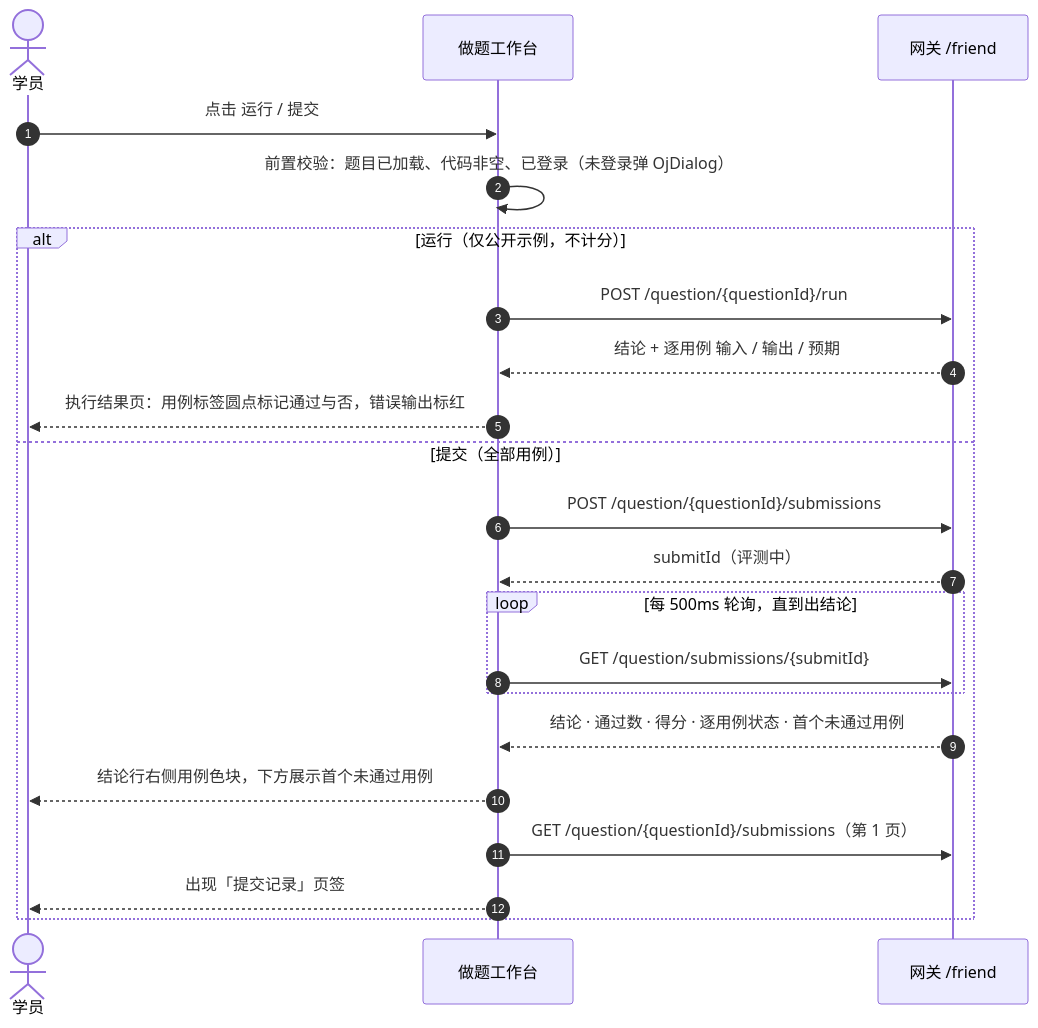
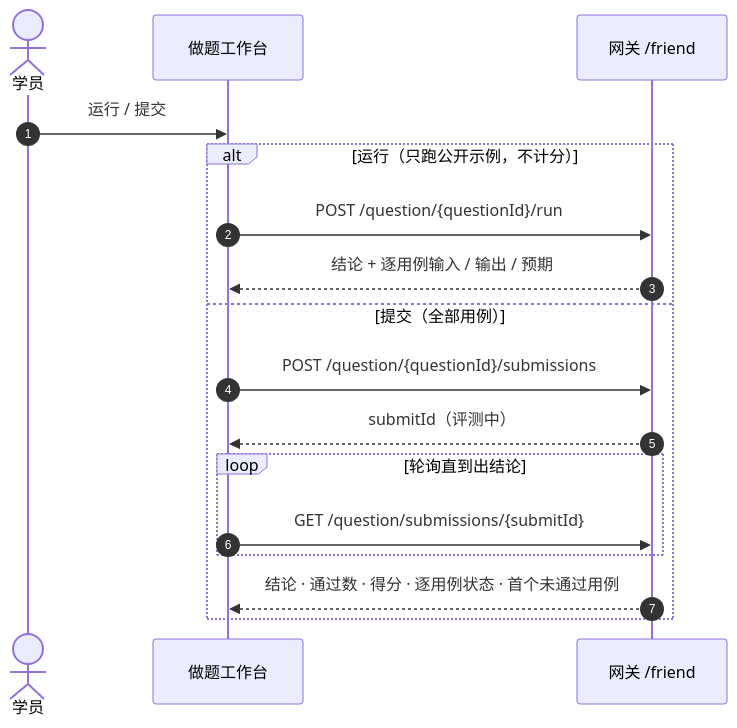
One commit to pluchon/online_oj_vue changed the ninth of 10 diagrams in README.md. Above: the diagram before and after it, drawn with Mermaid. The commit also changed other lines of this file and 20 other files, not shown here.

````diff
--- a/README.md
+++ b/README.md
@@ -316,26 +271,20 @@
 ```mermaid
 sequenceDiagram
     autonumber
     actor U as 学员
     participant Do as 做题工作台
     participant API as 网关 /friend
 
-    U->>Do: 点击 运行 / 提交
-    Do->>Do: 前置校验：题目已加载、代码非空、已登录（未登录弹 OjDialog）
-
-    alt 运行（仅公开示例，不计分）
+    U->>Do: 运行 / 提交
+    alt 运行（只跑公开示例，不计分）
         Do->>API: POST /question/{questionId}/run
-        API-->>Do: 结论 + 逐用例 输入 / 输出 / 预期
-        Do-->>U: 执行结果页：用例标签圆点标记通过与否，错误输出标红
+        API-->>Do: 结论 + 逐用例输入 / 输出 / 预期
     else 提交（全部用例）
         Do->>API: POST /question/{questionId}/submissions
         API-->>Do: submitId（评测中）
-        loop 每 500ms 轮询，直到出结论
+        loop 轮询直到出结论
             Do->>API: GET /question/submissions/{submitId}
         end
         API-->>Do: 结论 · 通过数 · 得分 · 逐用例状态 · 首个未通过用例
-        Do-->>U: 结论行右侧用例色块，下方展示首个未通过用例
-        Do->>API: GET /question/{questionId}/submissions（第 1 页）
-        Do-->>U: 出现「提交记录」页签
     end
 ```
````
